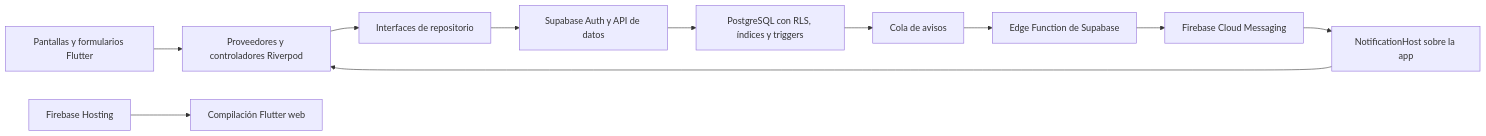
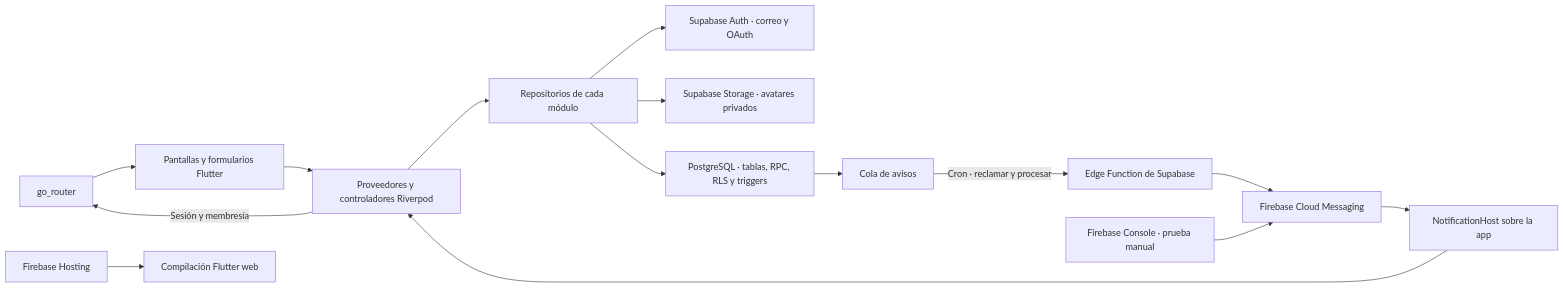
One commit to EMSiiU/casa_en_juego changed the first of 8 diagrams in docs/MANUAL.md. Above: the diagram before and after it, drawn with Mermaid. The commit also changed other lines of this file, not shown here.

Commit message:
feat: update technical manual with architecture and technology details

````diff
--- a/docs/MANUAL.md
+++ b/docs/MANUAL.md
@@ -19,13 +19,17 @@
 ```mermaid
 flowchart LR
-    UI["Pantallas y formularios Flutter"] --> State["Proveedores y controladores Riverpod"]
-    State --> Repo["Interfaces de repositorio"]
-    Repo --> SB["Supabase Auth y API de datos"]
-    SB --> DB["PostgreSQL con RLS, índices y triggers"]
+    Router["go_router"] --> UI["Pantallas y formularios Flutter"]
+    UI --> State["Proveedores y controladores Riverpod"]
+    State --> Repo["Repositorios de cada módulo"]
+    State -->|"Sesión y membresía"| Router
+    Repo --> Auth["Supabase Auth · correo y OAuth"]
+    Repo --> Storage["Supabase Storage · avatares privados"]
+    Repo --> DB["PostgreSQL · tablas, RPC, RLS y triggers"]
     DB --> Queue["Cola de avisos"]
-    Queue --> Edge["Edge Function de Supabase"]
+    Queue -->|"Cron · reclamar y procesar"| Edge["Edge Function de Supabase"]
     Edge --> FCM["Firebase Cloud Messaging"]
+    Console["Firebase Console · prueba manual"] --> FCM
     FCM --> Host["NotificationHost sobre la app"]
     Host --> State
     Hosting["Firebase Hosting"] --> Web["Compilación Flutter web"]
 ```
````
